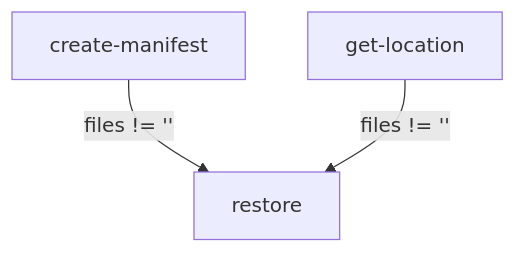
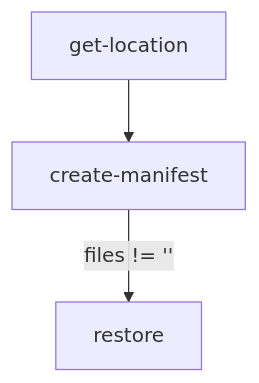
Before and after one commit to linz/topo-workflows: the second of 4 diagrams in workflows/storage/README.md, drawn with Mermaid. The commit also changed other lines of this file and 4 other files, not shown here.

Commit message:
feat: pass `--action-location` to `create-manifest` TDE-1693

````diff
--- a/workflows/storage/README.md
+++ b/workflows/storage/README.md
@@ -56,5 +56,5 @@
 ```mermaid
 graph TD;
+    get-location-->create-manifest
     create-manifest-->|files != ''|restore;
-    get-location-->|files != ''|restore;
 ```
````
